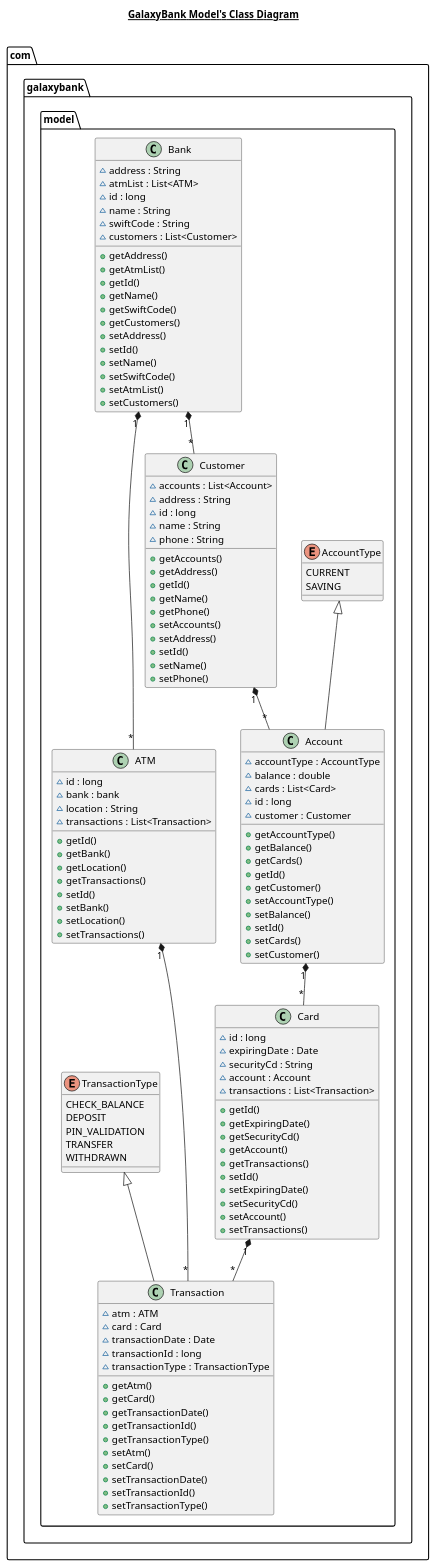
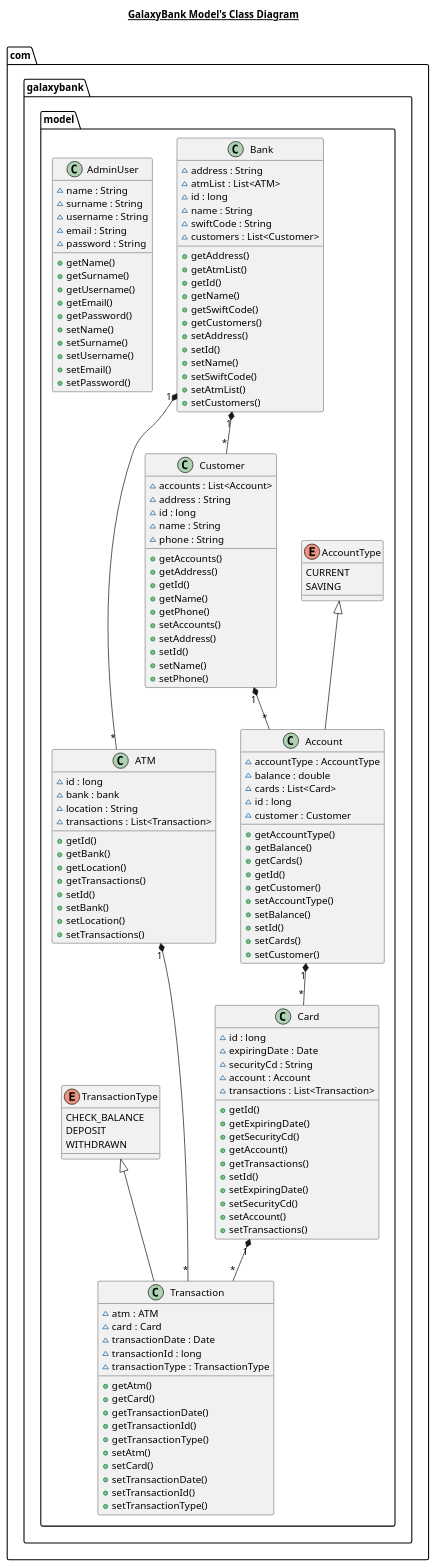
The diagram in src/main/java/com/galaxybank/model/model.puml (josecmarcucci005/galaxybank-atm), drawn with PlantUML before and after one commit. The commit also changed 5 other files, not shown here.

Commit message:
adding final uml diagrams

```diff
--- a/src/main/java/com/galaxybank/model/model.puml
+++ b/src/main/java/com/galaxybank/model/model.puml
@@ -1,158 +1,176 @@
 @startuml
 title __GalaxyBank Model's Class Diagram__\n
 
   namespace com.galaxybank.model {
     class com.galaxybank.model.ATM {
         ~ id : long
         ~ bank : bank
         ~ location : String
         ~ transactions : List<Transaction>
         + getId()
         + getBank()
         + getLocation()
         + getTransactions()
         + setId()
         + setBank()
         + setLocation()
         + setTransactions()
     }
   }
 
 
   namespace com.galaxybank.model {
     class com.galaxybank.model.Account {
         ~ accountType : AccountType
         ~ balance : double
         ~ cards : List<Card>
         ~ id : long
         ~ customer : Customer
         + getAccountType()
         + getBalance()
         + getCards()
         + getId()
         + getCustomer()
         + setAccountType()
         + setBalance()
         + setId()
         + setCards()
         + setCustomer()
     }
   }
 
 
   namespace com.galaxybank.model {
     enum AccountType {
       CURRENT
       SAVING
     }
   }
 
 
   namespace com.galaxybank.model {
     class com.galaxybank.model.Bank {
         ~ address : String
         ~ atmList : List<ATM>
         ~ id : long
         ~ name : String
         ~ swiftCode : String
         ~ customers : List<Customer>
         + getAddress()
         + getAtmList()
         + getId()
         + getName()
         + getSwiftCode()
         + getCustomers()
         + setAddress()
         + setId()
         + setName()
         + setSwiftCode()
         + setAtmList()
         + setCustomers()
     }
   }
 
 
   namespace com.galaxybank.model {
     class com.galaxybank.model.Card {
         ~ id : long
         ~ expiringDate : Date
         ~ securityCd : String
         ~ account : Account
         ~ transactions : List<Transaction>
         + getId()
         + getExpiringDate()
         + getSecurityCd()
         + getAccount()
         + getTransactions()
         + setId()
         + setExpiringDate()
         + setSecurityCd()
         + setAccount()
         + setTransactions()
     }
   }
 
 
   namespace com.galaxybank.model {
     class com.galaxybank.model.Customer {
         ~ accounts : List<Account>
         ~ address : String
         ~ id : long
         ~ name : String
         ~ phone : String
         + getAccounts()
         + getAddress()
         + getId()
         + getName()
         + getPhone()
         + setAccounts()
         + setAddress()
         + setId()
         + setName()
         + setPhone()
     }
   }
 
 
   namespace com.galaxybank.model {
     class com.galaxybank.model.Transaction {
         ~ atm : ATM
         ~ card : Card
         ~ transactionDate : Date
         ~ transactionId : long
         ~ transactionType : TransactionType
         + getAtm()
         + getCard()
         + getTransactionDate()
         + getTransactionId()
         + getTransactionType()
         + setAtm()
         + setCard()
         + setTransactionDate()
         + setTransactionId()
         + setTransactionType()
     }
   }
 
 
   namespace com.galaxybank.model {
     enum TransactionType {
       CHECK_BALANCE
       DEPOSIT
-      PIN_VALIDATION
-      TRANSFER
       WITHDRAWN
     }
   }
+
+  namespace com.galaxybank.model {
+      class AdminUser {
+        ~ name : String
+        ~ surname : String
+        ~ username : String
+        ~ email : String
+        ~ password : String
+        + getName()
+        + getSurname()
+        + getUsername()
+        + getEmail()
+        + getPassword()
+        + setName()
+        + setSurname()
+        + setUsername()
+        + setEmail()
+        + setPassword()
+      }
+    }
 
    namespace com.galaxybank.model {
      Bank "1" *-- "*" ATM
      Bank "1" *-- "*" Customer
      Customer "1" *-- "*" Account
      Account "1" *-- "*" Card
      Card "1" *-- "*" Transaction
      ATM "1" *-- "*" Transaction
      AccountType <|-- Account
      TransactionType <|-- Transaction
    }
 @enduml
```
